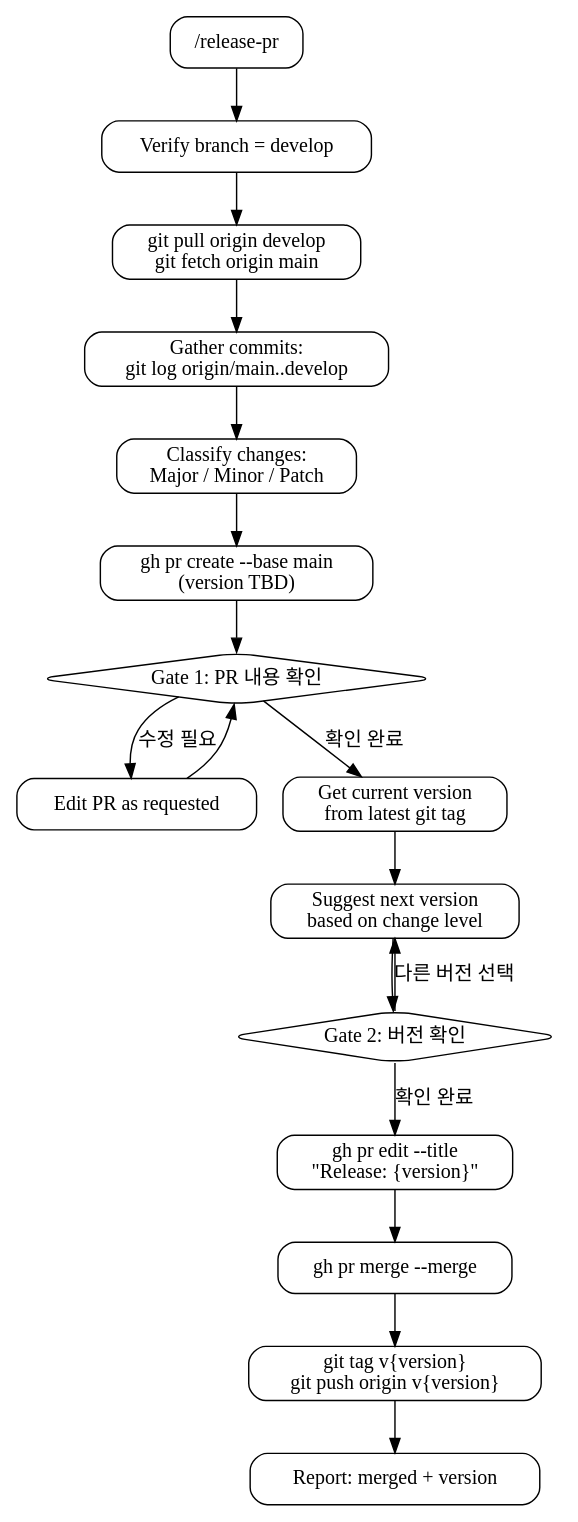
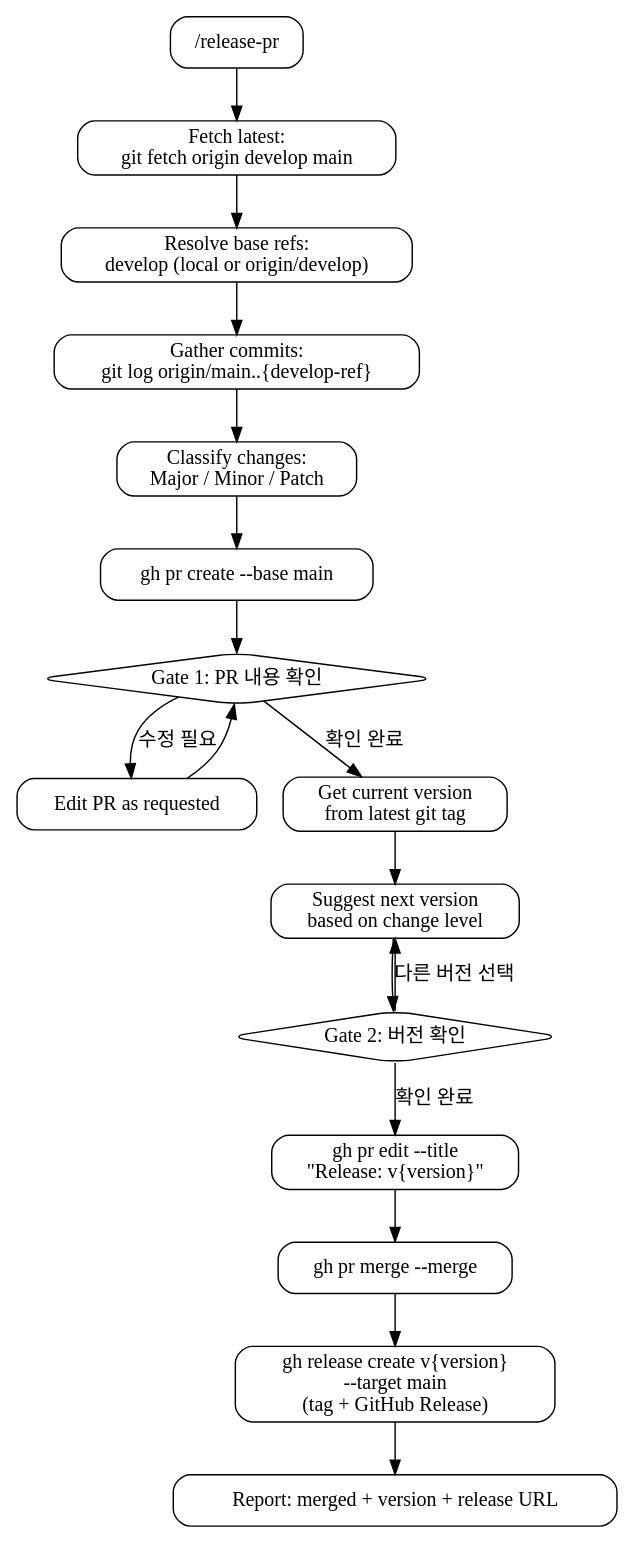
One commit to DH-Crew/On-Dot_BE changed the diagram in .claude/skills/release-pr/SKILL.md. Above: the diagram before and after it, drawn with Graphviz. The commit also changed other lines of this file and 2 other files, not shown here.

First line of the commit message:
[FEAT] PR 스킬 개선 및 워크플로우 자동화 (#69)

````diff
--- a/.claude/skills/release-pr/SKILL.md
+++ b/.claude/skills/release-pr/SKILL.md
@@ -12,31 +12,31 @@
 ```dot
 digraph release_pr {
   rankdir=TB
   node [shape=box style=rounded]
 
   entry [label="/release-pr"]
-  v1 [label="Verify branch = develop"]
-  v2 [label="git pull origin develop\ngit fetch origin main"]
-  v3 [label="Gather commits:\ngit log origin/main..develop"]
+  v1 [label="Fetch latest:\ngit fetch origin develop main"]
+  v2 [label="Resolve base refs:\ndevelop (local or origin/develop)"]
+  v3 [label="Gather commits:\ngit log origin/main..{develop-ref}"]
   v4 [label="Classify changes:\nMajor / Minor / Patch"]
-  v5 [label="gh pr create --base main\n(version TBD)"]
+  v5 [label="gh pr create --base main"]
   gate1 [label="Gate 1: PR 내용 확인" shape=diamond]
   edit [label="Edit PR as requested"]
   v6 [label="Get current version\nfrom latest git tag"]
   v7 [label="Suggest next version\nbased on change level"]
   gate2 [label="Gate 2: 버전 확인" shape=diamond]
-  v8 [label="gh pr edit --title\n\"Release: {version}\""]
+  v8 [label="gh pr edit --title\n\"Release: v{version}\""]
   v9 [label="gh pr merge --merge"]
-  v10 [label="git tag v{version}\ngit push origin v{version}"]
-  done [label="Report: merged + version"]
+  v10 [label="gh release create v{version}\n--target main\n(tag + GitHub Release)"]
+  done [label="Report: merged + version + release URL"]
 
   entry -> v1 -> v2 -> v3 -> v4 -> v5 -> gate1
   gate1 -> edit [label="수정 필요"]
   edit -> gate1
   gate1 -> v6 [label="확인 완료"]
   v6 -> v7 -> gate2
   gate2 -> v7 [label="다른 버전 선택"]
   gate2 -> v8 [label="확인 완료"]
   v8 -> v9 -> v10 -> done
 }
 ```
````
